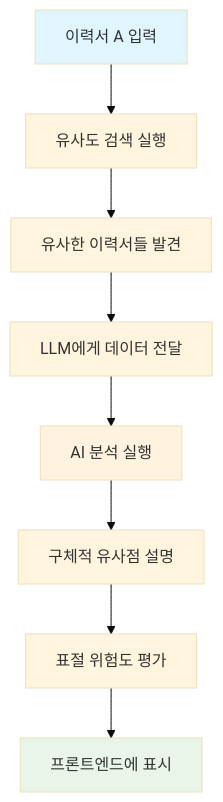
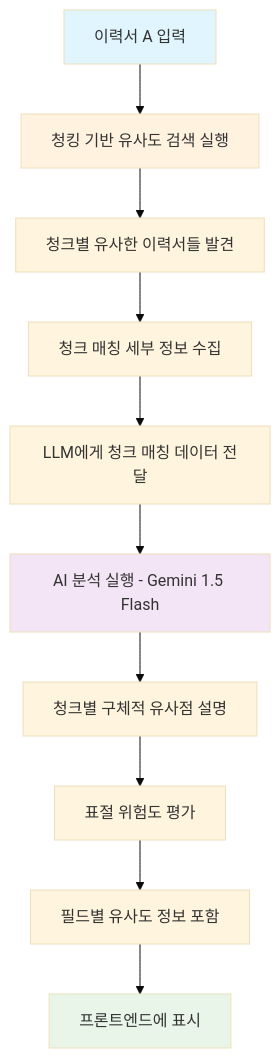
One commit to gangnam-2-insol/workspace-new changed the third of 3 diagrams in README_jr.md. Above: the diagram before and after it, drawn with Mermaid (base theme). The commit also changed other lines of this file and 2 other files, not shown here.

Commit message:
유사도 검색방식 변경 (main.py, similarity_service.py, vocer_letter_models.py, readme_jr.md 수정)

````diff
--- a/README_jr.md
+++ b/README_jr.md
@@ -692,14 +723,17 @@
 ```mermaid
 graph TD
-    A[이력서 A 입력] --> B[유사도 검색 실행]
-    B --> C[유사한 이력서들 발견]
-    C --> D[LLM에게 데이터 전달]
-    D --> E[AI 분석 실행]
-    E --> F[구체적 유사점 설명]
-    F --> G[표절 위험도 평가]
-    G --> H[프론트엔드에 표시]
+    A[이력서 A 입력] --> B[청킹 기반 유사도 검색 실행]
+    B --> C[청크별 유사한 이력서들 발견]
+    C --> D[청크 매칭 세부 정보 수집]
+    D --> E[LLM에게 청크 매칭 데이터 전달]
+    E --> F[AI 분석 실행 - Gemini 1.5 Flash]
+    F --> G[청크별 구체적 유사점 설명]
+    G --> H[표절 위험도 평가]
+    H --> I[필드별 유사도 정보 포함]
+    I --> J[프론트엔드에 표시]
     
     style A fill:#e1f5fe
-    style E fill:#fff3e0
-    style H fill:#e8f5e8
+    style B fill:#fff3e0
+    style F fill:#f3e5f5
+    style J fill:#e8f5e8
 ```
````
